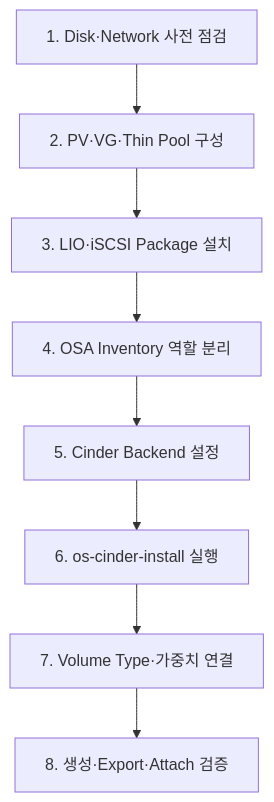
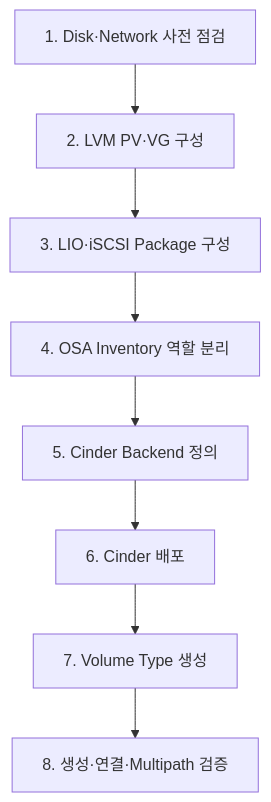
The second of 5 diagrams in docs/test-cases/lvm-iscsi-cinder-backend.md (island-wq/openstack-vpc-portfolio), drawn with Mermaid before and after one commit. The commit also changed other lines of this file and 4 other files, not shown here.

Commit message:
Revise LVM iSCSI test case guide

````diff
--- a/docs/test-cases/lvm-iscsi-cinder-backend.md
+++ b/docs/test-cases/lvm-iscsi-cinder-backend.md
@@ -60,13 +88,10 @@
 ```mermaid
 flowchart TD
-  check["1. Disk·Network 사전 점검"]
-  lvm["2. PV·VG·Thin Pool 구성"]
-  lio["3. LIO·iSCSI Package 설치"]
-  inventory["4. OSA Inventory 역할 분리"]
-  backend["5. Cinder Backend 설정"]
-  deploy["6. os-cinder-install 실행"]
-  type["7. Volume Type·가중치 연결"]
-  verify["8. 생성·Export·Attach 검증"]
-
-  check --> lvm --> lio --> inventory --> backend --> deploy --> type --> verify
+  A["1. Disk·Network 사전 점검"] --> B["2. LVM PV·VG 구성"]
+  B --> C["3. LIO·iSCSI Package 구성"]
+  C --> D["4. OSA Inventory 역할 분리"]
+  D --> E["5. Cinder Backend 정의"]
+  E --> F["6. Cinder 배포"]
+  F --> G["7. Volume Type 생성"]
+  G --> H["8. 생성·연결·Multipath 검증"]
 ```
````
